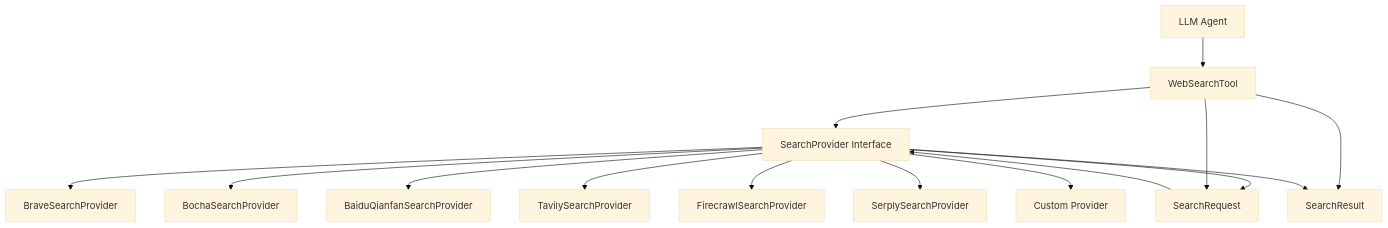
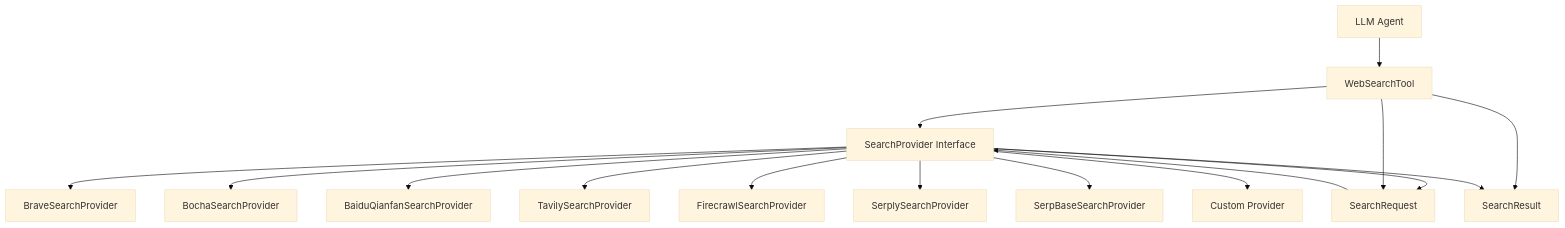
One commit to agents-flex/agents-flex changed the first of 2 diagrams in docs/zh/chat/websearch.md. Above: the diagram before and after it, drawn with Mermaid (base theme). The commit also changed other lines of this file and 2 other files, not shown here.

First line of the commit message:
feat(websearch): add SerpBase search provider

````diff
--- a/docs/zh/chat/websearch.md
+++ b/docs/zh/chat/websearch.md
@@ -66,19 +66,20 @@
 ```mermaid
 graph TB
     A[LLM Agent] --> B[WebSearchTool]
     B --> C[SearchProvider Interface]
     C --> D[BraveSearchProvider]
     C --> E[BochaSearchProvider]
     C --> F[BaiduQianfanSearchProvider]
     C --> G[TavilySearchProvider]
     C --> H[FirecrawlSearchProvider]
     C --> J[YouSearchProvider]
     C --> L[SerplySearchProvider]
+    C --> M[SerpBaseSearchProvider]
     C --> I[Custom Provider]
 
     B --> J[SearchRequest]
     B --> K[SearchResult]
 
     J --> C
     C --> K
 ```
````
